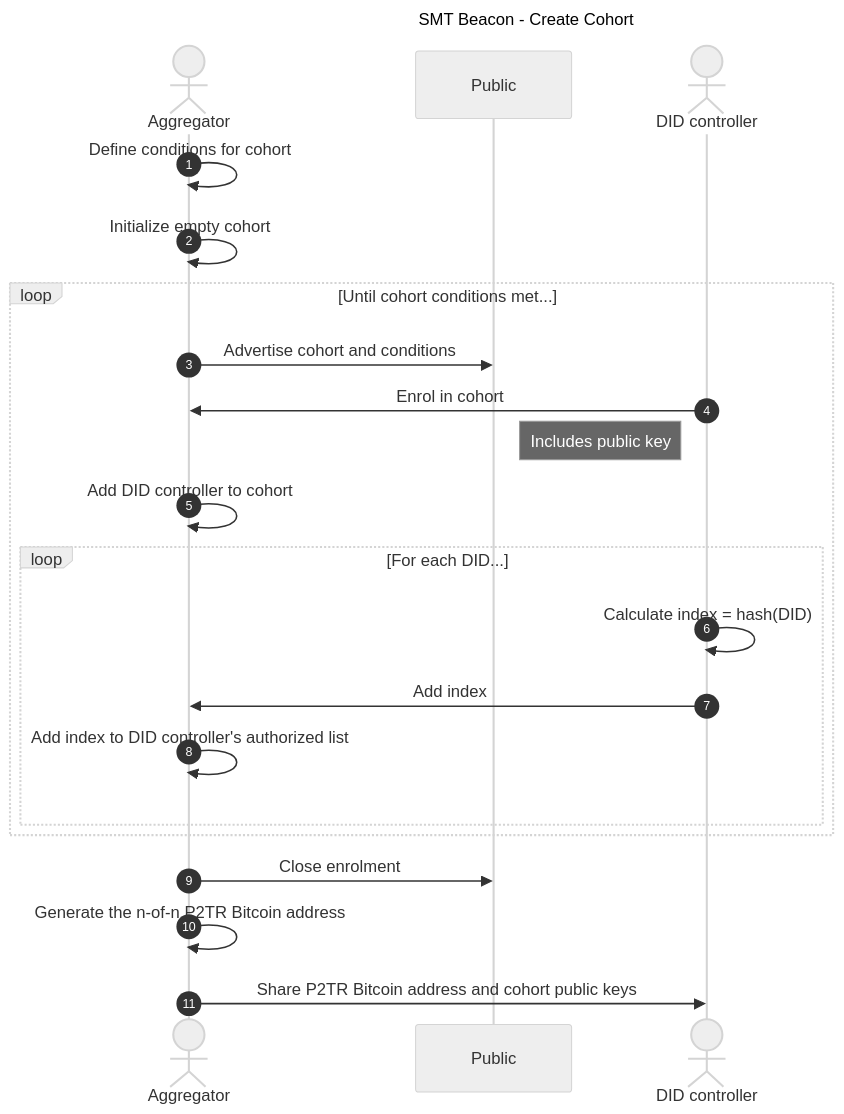
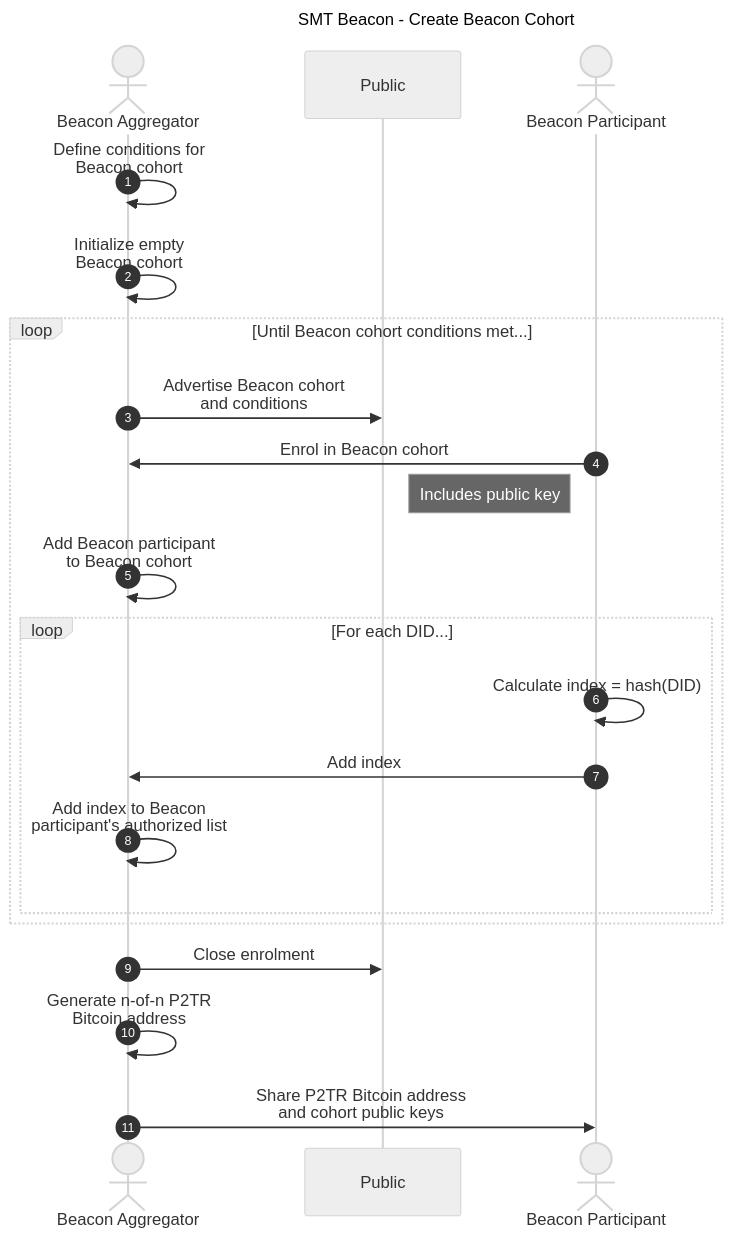
One commit to dcdpr/did-btc1 changed the third of 4 diagrams in chapters/Beacons.md. Above: the diagram before and after it, drawn with Mermaid (neutral theme). The commit also changed other lines of this file, not shown here.

````diff
--- a/chapters/Beacons.md
+++ b/chapters/Beacons.md
@@ -292,29 +296,29 @@
 ```mermaid
 sequenceDiagram
     autonumber
-    title SMT Beacon - Create Cohort
+    title SMT Beacon - Create Beacon Cohort
 
-    actor A as Aggregator
+    actor A as Beacon Aggregator
     participant P as Public
-    actor C as DID controller
+    actor R as Beacon Participant
 
-    A ->> A: Define conditions for cohort
-    A ->> A: Initialize empty cohort
+    A ->> A: Define conditions for<br/>Beacon cohort
+    A ->> A: Initialize empty<br/>Beacon cohort
 
-    loop Until cohort conditions met...
-        A ->> P: Advertise cohort and conditions
-        C ->> A: Enrol in cohort
-        note left of C: Includes public key
-        A ->> A: Add DID controller to cohort
+    loop Until Beacon cohort conditions met...
+        A ->> P: Advertise Beacon cohort<br/>and conditions
+        R ->> A: Enrol in Beacon cohort
+        note left of R: Includes public key
+        A ->> A: Add Beacon participant<br/>to Beacon cohort
 
         loop For each DID...
-            C ->> C: Calculate index = hash(DID)
-            C ->> A: Add index
-            A ->> A: Add index to DID controller's authorized list
+            R ->> R: Calculate index = hash(DID)
+            R ->> A: Add index
+            A ->> A: Add index to Beacon<br/>participant's authorized list
         end
     end
 
     A ->> P: Close enrolment
-    A ->> A: Generate the n-of-n P2TR Bitcoin address
-    A ->> C: Share P2TR Bitcoin address and cohort public keys
+    A ->> A: Generate n-of-n P2TR<br/>Bitcoin address
+    A ->> R: Share P2TR Bitcoin address<br/>and cohort public keys
 ```
````
